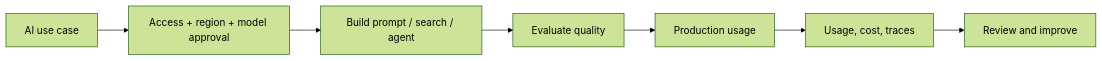
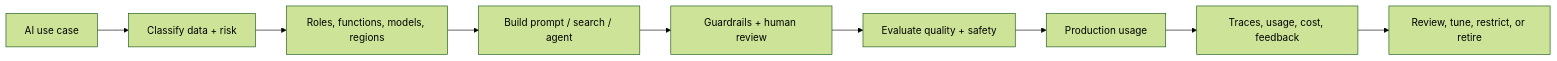
Before and after one commit to shonningsoy/Upskill: the diagram in 01 Snowflake/05 Advanced Analytics and AI/39 AI Governance, Guardrails, Observability, and Cost.md, drawn with Mermaid (forest theme). The commit also changed other lines of this file, not shown here.

````diff
--- a/01 Snowflake/05 Advanced Analytics and AI/39 AI Governance, Guardrails, Observability, and Cost.md
+++ b/01 Snowflake/05 Advanced Analytics and AI/39 AI Governance, Guardrails, Observability, and Cost.md
@@ -61,9 +73,11 @@
 ```mermaid
 flowchart LR
-    USECASE[AI use case] --> APPROVE[Access + region + model approval]
-    APPROVE --> BUILD[Build prompt / search / agent]
-    BUILD --> EVAL[Evaluate quality]
+    USECASE[AI use case] --> CLASSIFY[Classify data + risk]
+    CLASSIFY --> ACCESS[Roles, functions, models, regions]
+    ACCESS --> BUILD[Build prompt / search / agent]
+    BUILD --> GUARD[Guardrails + human review]
+    GUARD --> EVAL[Evaluate quality + safety]
     EVAL --> RUN[Production usage]
-    RUN --> OBS[Usage, cost, traces]
-    OBS --> REVIEW[Review and improve]
+    RUN --> OBS[Traces, usage, cost, feedback]
+    OBS --> IMPROVE[Review, tune, restrict, or retire]
 ```
````
